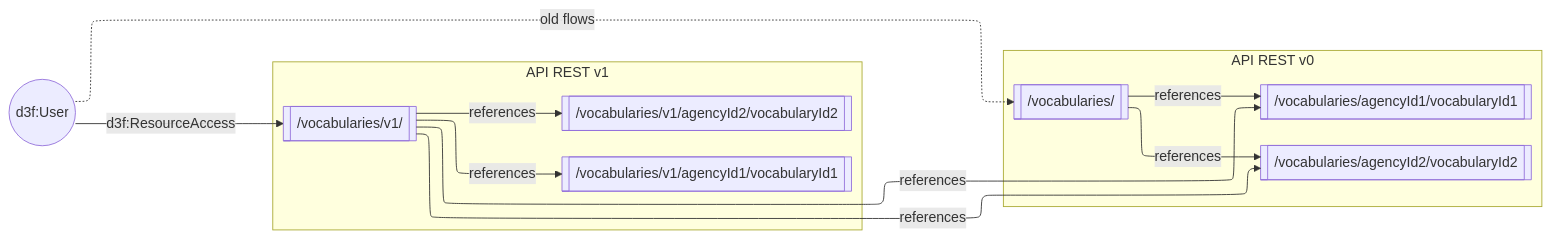
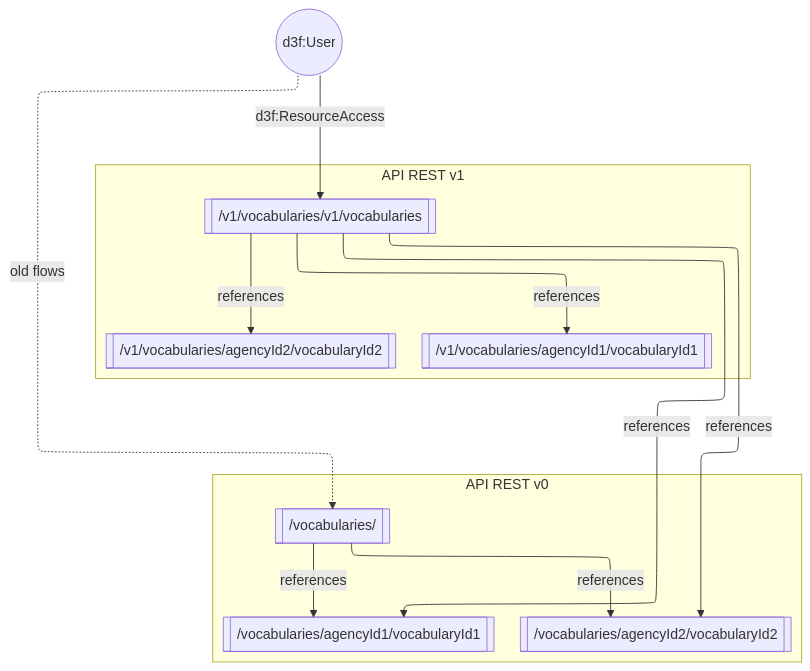
One commit to teamdigitale/dati-semantic-csv-apis changed the second of 3 diagrams in docs/README.api.md. Above: the diagram before and after it, drawn with Mermaid. The commit also changed other lines of this file and 4 other files, not shown here.

````diff
--- a/docs/README.api.md
+++ b/docs/README.api.md
@@ -375,26 +514,26 @@
 ```mermaid
 ---
 config:
   layout: elk
 ---
-graph LR
+graph
    u((d3f:User))
 
    subgraph v1["API REST v1"]
-   v1-api1[["/vocabularies/v1/agencyId1/vocabularyId1"]]
-   v1-api2[["/vocabularies/v1/agencyId2/vocabularyId2"]]
-   v1-api-catalog[["/vocabularies/v1/"]]
-   v1-api-catalog --> |references| v1-api1 & v1-api2
+   v1-api1[["/v1/vocabularies/agencyId1/vocabularyId1"]]
+   v1-api2[["/v1/vocabularies/agencyId2/vocabularyId2"]]
+   v1-api-catalog[["/v1/vocabularies/v1/vocabularies"]]
    end
 
    subgraph v0["API REST v0"]
    v0-api1[["/vocabularies/agencyId1/vocabularyId1"]]
    v0-api2[["/vocabularies/agencyId2/vocabularyId2"]]
    v0-api-catalog[["/vocabularies/"]] --> |references| v0-api1 & v0-api2
    end
 
    u --> |d3f:ResourceAccess| v1-api-catalog
    u -.-> |old flows| v0-api-catalog
 
+   v1-api-catalog --> |references| v1-api1 & v1-api2
    v1-api-catalog --> |references| v0-api1 & v0-api2
 ```
````
